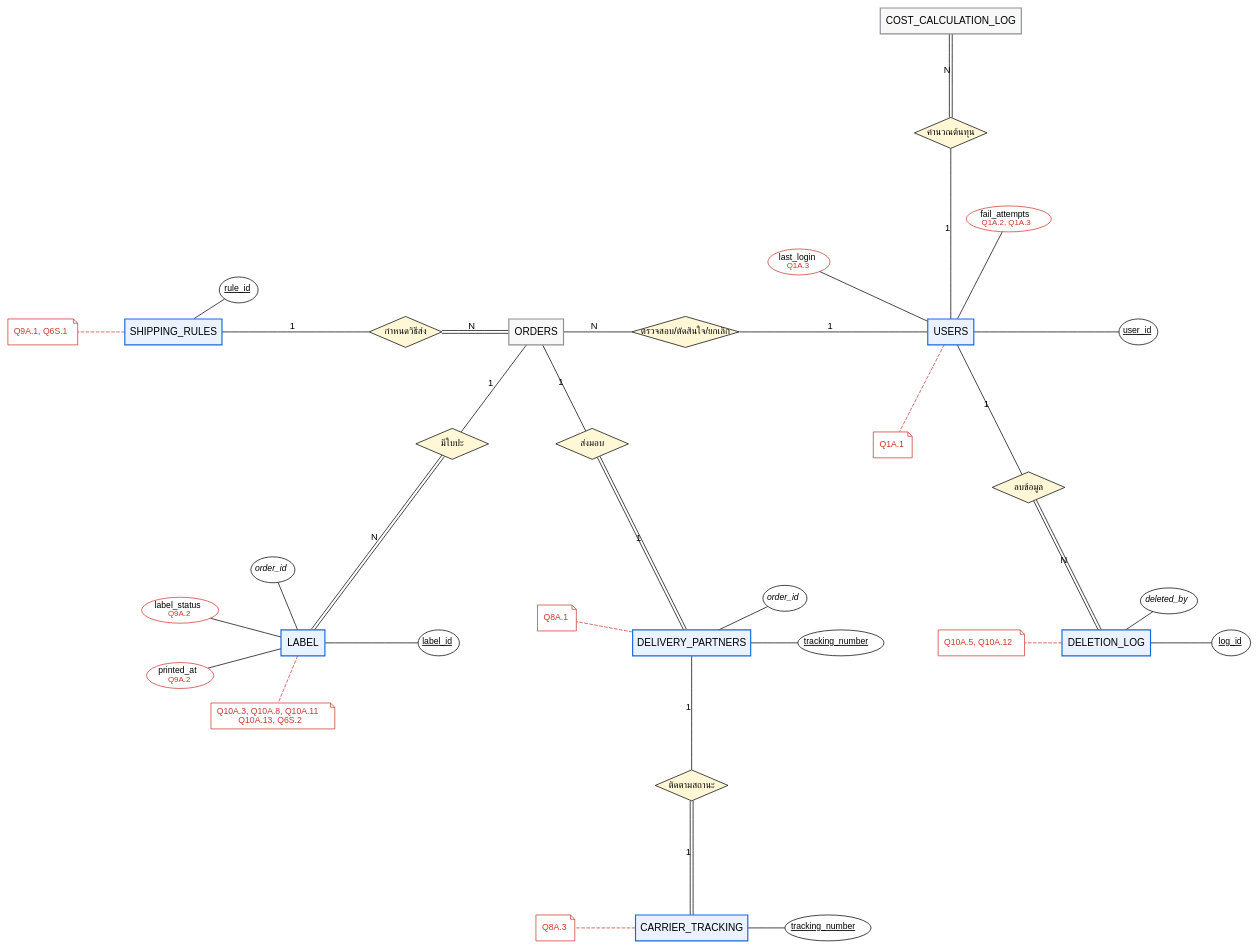
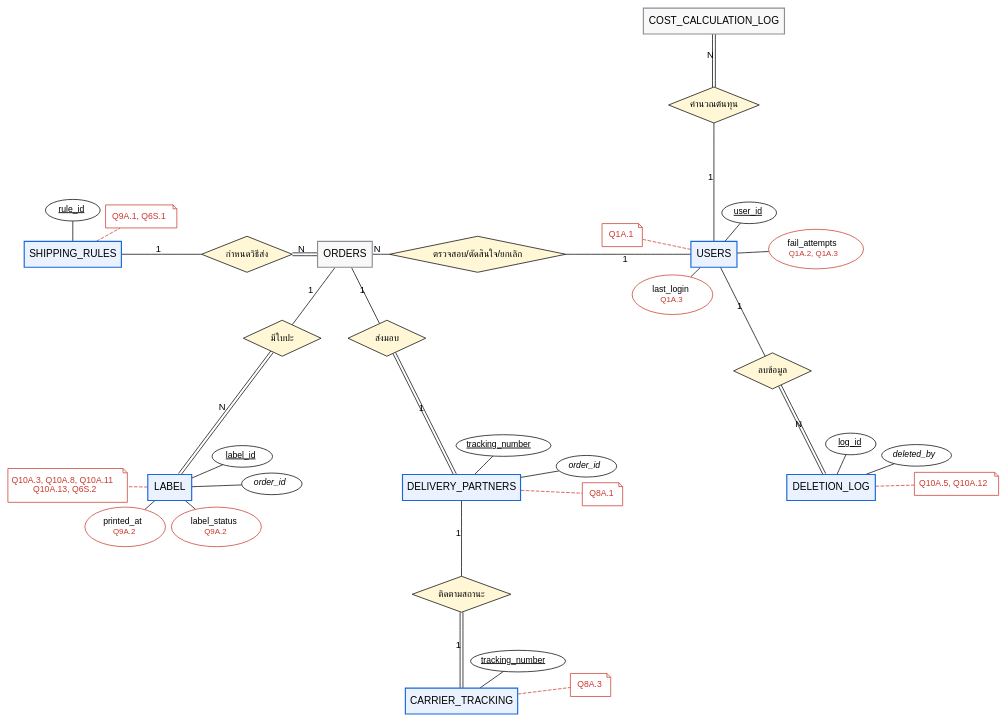
One commit to xbpkdi/321-sa-proj changed the diagram in 04-chapter2-diagrams-database/diagrams/src/er-query-2.dot. Above: the diagram before and after it, drawn with Graphviz. The commit also changed 30 other files, not shown here.

Commit message:
docs: stop er attributes overlapping, split state and class diagrams

```diff
--- a/04-chapter2-diagrams-database/diagrams/src/er-query-2.dot
+++ b/04-chapter2-diagrams-database/diagrams/src/er-query-2.dot
@@ -1,71 +1,71 @@
 graph ER {
   layout=neato; overlap=true; splines=line; outputorder=edgesfirst;
   node [fontname="Helvetica", fontsize=14]; edge [fontname="Helvetica", fontsize=13];
-  "users" [pos="8.00,0.00!", shape=box, style="filled", fillcolor="#e9f2fe", color="#1868db", penwidth=1.6, label="USERS"];
-  "users.user_id" [pos="11.62,0.00!", shape=ellipse, label=<<u>user_id</u>>, fontsize=12, margin="0.04,0.02"];
+  "rel0" [pos="7.12,2.88!", shape=diamond, style=filled, fillcolor="#fff7d6", label="คำนวณต้นทุน", fontsize=13, fixedsize=true, width=1.75, height=0.7];
+  "users" -- "rel0" [label="1"];
+  "rel0" -- "cost_calculation_log" [label="N", color="black:invis:black"];
+  "rel1" [pos="-1.89,0.00!", shape=diamond, style=filled, fillcolor="#fff7d6", label="กำหนดวิธีส่ง", fontsize=13, fixedsize=true, width=1.75, height=0.7];
+  "shipping_rules" -- "rel1" [label="1"];
+  "rel1" -- "orders" [label="N", color="black:invis:black"];
+  "rel2" [pos="2.56,0.00!", shape=diamond, style=filled, fillcolor="#fff7d6", label="ตรวจสอบ/ตัดสินใจ/ยกเลิก", fontsize=13, fixedsize=true, width=3.40, height=0.7];
+  "users" -- "rel2" [label="1"];
+  "rel2" -- "orders" [label="N"];
+  "rel3" [pos="-1.21,-1.62!", shape=diamond, style=filled, fillcolor="#fff7d6", label="มีใบปะ", fontsize=13, fixedsize=true, width=1.50, height=0.7];
+  "orders" -- "rel3" [label="1"];
+  "rel3" -- "label" [label="N", color="black:invis:black"];
+  "rel4" [pos="0.81,-1.62!", shape=diamond, style=filled, fillcolor="#fff7d6", label="ส่งมอบ", fontsize=13, fixedsize=true, width=1.50, height=0.7];
+  "orders" -- "rel4" [label="1"];
+  "rel4" -- "delivery_partners" [label="1", color="black:invis:black"];
+  "rel5" [pos="2.25,-6.56!", shape=diamond, style=filled, fillcolor="#fff7d6", label="ติดตามสถานะ", fontsize=13, fixedsize=true, width=1.90, height=0.7];
+  "delivery_partners" -- "rel5" [label="1"];
+  "rel5" -- "carrier_tracking" [label="1", color="black:invis:black"];
+  "rel6" [pos="8.25,-2.25!", shape=diamond, style=filled, fillcolor="#fff7d6", label="ลบข้อมูล", fontsize=13, fixedsize=true, width=1.50, height=0.7];
+  "users" -- "rel6" [label="1"];
+  "rel6" -- "deletion_log" [label="N", color="black:invis:black"];
+  "users" [pos="7.12,0.00!", shape=box, style="filled", fillcolor="#e9f2fe", color="#1868db", penwidth=1.6, label="USERS"];
+  "users.user_id" [pos="7.80,0.80!", shape=ellipse, style=filled, fillcolor=white, label=<<u>user_id</u>>, fontsize=12, fixedsize=true, width=1.06, height=0.42];
   "users" -- "users.user_id";
-  "users.fail_attempts" [pos="9.12,2.18!", shape=ellipse, label=<fail_attempts<br/><font color="#c9372c" point-size="11">Q1A.2, Q1A.3</font>>, fontsize=12, margin="0.04,0.02", color="#c9372c"];
+  "users.fail_attempts" [pos="9.09,0.10!", shape=ellipse, style=filled, fillcolor=white, label=<fail_attempts<br/><font point-size="3"> </font><br/><font color="#c9372c" point-size="11">Q1A.2, Q1A.3</font>>, fontsize=12, fixedsize=true, width=1.83, height=0.76, color="#c9372c"];
   "users" -- "users.fail_attempts";
-  "users.last_login" [pos="5.07,1.35!", shape=ellipse, label=<last_login<br/><font color="#c9372c" point-size="11">Q1A.3</font>>, fontsize=12, margin="0.04,0.02", color="#c9372c"];
+  "users.last_login" [pos="6.32,-0.78!", shape=ellipse, style=filled, fillcolor=white, label=<last_login<br/><font point-size="3"> </font><br/><font color="#c9372c" point-size="11">Q1A.3</font>>, fontsize=12, fixedsize=true, width=1.55, height=0.76, color="#c9372c"];
   "users" -- "users.last_login";
-  "users.__q" [pos="6.88,-2.18!", shape=note, color="#c9372c", fontcolor="#c9372c", fontsize=12, label=<Q1A.1>];
+  "users.__q" [pos="5.35,0.37!", shape=note, color="#c9372c", fontcolor="#c9372c", fontsize=12, fixedsize=true, width=0.78, height=0.45, style=filled, fillcolor=white, label=<Q1A.1>];
   "users" -- "users.__q" [style=dashed, color="#c9372c"];
-  "cost_calculation_log" [pos="8.00,6.00!", shape=box, style="filled", fillcolor="#f8f8f8", color="#8c8f97", penwidth=1.6, label="COST_CALCULATION_LOG"];
-  "shipping_rules" [pos="-7.00,0.00!", shape=box, style="filled", fillcolor="#e9f2fe", color="#1868db", penwidth=1.6, label="SHIPPING_RULES"];
-  "shipping_rules.rule_id" [pos="-5.74,0.81!", shape=ellipse, label=<<u>rule_id</u>>, fontsize=12, margin="0.04,0.02"];
+  "cost_calculation_log" [pos="7.12,4.50!", shape=box, style="filled", fillcolor="#f8f8f8", color="#8c8f97", penwidth=1.6, label="COST_CALCULATION_LOG"];
+  "shipping_rules" [pos="-5.25,0.00!", shape=box, style="filled", fillcolor="#e9f2fe", color="#1868db", penwidth=1.6, label="SHIPPING_RULES"];
+  "shipping_rules.rule_id" [pos="-5.25,0.85!", shape=ellipse, style=filled, fillcolor=white, label=<<u>rule_id</u>>, fontsize=12, fixedsize=true, width=1.06, height=0.42];
   "shipping_rules" -- "shipping_rules.rule_id";
-  "shipping_rules.__q" [pos="-9.52,0.00!", shape=note, color="#c9372c", fontcolor="#c9372c", fontsize=12, label=<Q9A.1, Q6S.1>];
+  "shipping_rules.__q" [pos="-3.93,0.73!", shape=note, color="#c9372c", fontcolor="#c9372c", fontsize=12, fixedsize=true, width=1.37, height=0.45, style=filled, fillcolor=white, label=<Q9A.1, Q6S.1>];
   "shipping_rules" -- "shipping_rules.__q" [style=dashed, color="#c9372c"];
   "orders" [pos="0.00,0.00!", shape=box, style="filled", fillcolor="#f8f8f8", color="#8c8f97", penwidth=1.6, label="ORDERS"];
-  "label" [pos="-4.50,-6.00!", shape=box, style="filled", fillcolor="#e9f2fe", color="#1868db", penwidth=1.6, label="LABEL"];
-  "label.label_id" [pos="-1.88,-6.00!", shape=ellipse, label=<<u>label_id</u>>, fontsize=12, margin="0.04,0.02"];
+  "label" [pos="-3.38,-4.50!", shape=box, style="filled", fillcolor="#e9f2fe", color="#1868db", penwidth=1.6, label="LABEL"];
+  "label.label_id" [pos="-1.98,-3.90!", shape=ellipse, style=filled, fillcolor=white, label=<<u>label_id</u>>, fontsize=12, fixedsize=true, width=1.16, height=0.42];
   "label" -- "label.label_id";
-  "label.order_id" [pos="-5.08,-4.59!", shape=ellipse, label=<<i>order_id</i>>, fontsize=12, margin="0.04,0.02"];
+  "label.order_id" [pos="-1.41,-4.43!", shape=ellipse, style=filled, fillcolor=white, label=<<i>order_id</i>>, fontsize=12, fixedsize=true, width=1.16, height=0.42];
   "label" -- "label.order_id";
-  "label.label_status" [pos="-6.87,-5.37!", shape=ellipse, label=<label_status<br/><font color="#c9372c" point-size="11">Q9A.2</font>>, fontsize=12, margin="0.04,0.02", color="#c9372c"];
+  "label.label_status" [pos="-2.48,-5.26!", shape=ellipse, style=filled, fillcolor=white, label=<label_status<br/><font point-size="3"> </font><br/><font color="#c9372c" point-size="11">Q9A.2</font>>, fontsize=12, fixedsize=true, width=1.74, height=0.76, color="#c9372c"];
   "label" -- "label.label_status";
-  "label.printed_at" [pos="-6.87,-6.63!", shape=ellipse, label=<printed_at<br/><font color="#c9372c" point-size="11">Q9A.2</font>>, fontsize=12, margin="0.04,0.02", color="#c9372c"];
+  "label.printed_at" [pos="-4.24,-5.26!", shape=ellipse, style=filled, fillcolor=white, label=<printed_at<br/><font point-size="3"> </font><br/><font color="#c9372c" point-size="11">Q9A.2</font>>, fontsize=12, fixedsize=true, width=1.55, height=0.76, color="#c9372c"];
   "label" -- "label.printed_at";
-  "label.__q" [pos="-5.08,-7.41!", shape=note, color="#c9372c", fontcolor="#c9372c", fontsize=12, label=<Q10A.3, Q10A.8, Q10A.11<br/>Q10A.13, Q6S.2>];
+  "label.__q" [pos="-5.35,-4.46!", shape=note, color="#c9372c", fontcolor="#c9372c", fontsize=12, fixedsize=true, width=2.31, height=0.65, style=filled, fillcolor=white, label=<Q10A.3, Q10A.8, Q10A.11<br/>Q10A.13, Q6S.2>];
   "label" -- "label.__q" [style=dashed, color="#c9372c"];
-  "delivery_partners" [pos="3.00,-6.00!", shape=box, style="filled", fillcolor="#e9f2fe", color="#1868db", penwidth=1.6, label="DELIVERY_PARTNERS"];
-  "delivery_partners.tracking_number" [pos="5.88,-6.00!", shape=ellipse, label=<<u>tracking_number</u>>, fontsize=12, margin="0.04,0.02"];
+  "delivery_partners" [pos="2.25,-4.50!", shape=box, style="filled", fillcolor="#e9f2fe", color="#1868db", penwidth=1.6, label="DELIVERY_PARTNERS"];
+  "delivery_partners.tracking_number" [pos="3.06,-3.69!", shape=ellipse, style=filled, fillcolor=white, label=<<u>tracking_number</u>>, fontsize=12, fixedsize=true, width=1.83, height=0.42];
   "delivery_partners" -- "delivery_partners.tracking_number";
-  "delivery_partners.order_id" [pos="4.80,-5.14!", shape=ellipse, label=<<i>order_id</i>>, fontsize=12, margin="0.04,0.02"];
+  "delivery_partners.order_id" [pos="4.66,-4.09!", shape=ellipse, style=filled, fillcolor=white, label=<<i>order_id</i>>, fontsize=12, fixedsize=true, width=1.16, height=0.42];
   "delivery_partners" -- "delivery_partners.order_id";
-  "delivery_partners.__q" [pos="0.40,-5.52!", shape=note, color="#c9372c", fontcolor="#c9372c", fontsize=12, label=<Q8A.1>];
+  "delivery_partners.__q" [pos="4.97,-4.63!", shape=note, color="#c9372c", fontcolor="#c9372c", fontsize=12, fixedsize=true, width=0.78, height=0.45, style=filled, fillcolor=white, label=<Q8A.1>];
   "delivery_partners" -- "delivery_partners.__q" [style=dashed, color="#c9372c"];
-  "carrier_tracking" [pos="3.00,-11.50!", shape=box, style="filled", fillcolor="#e9f2fe", color="#1868db", penwidth=1.6, label="CARRIER_TRACKING"];
-  "carrier_tracking.tracking_number" [pos="5.63,-11.50!", shape=ellipse, label=<<u>tracking_number</u>>, fontsize=12, margin="0.04,0.02"];
+  "carrier_tracking" [pos="2.25,-8.62!", shape=box, style="filled", fillcolor="#e9f2fe", color="#1868db", penwidth=1.6, label="CARRIER_TRACKING"];
+  "carrier_tracking.tracking_number" [pos="3.34,-7.85!", shape=ellipse, style=filled, fillcolor=white, label=<<u>tracking_number</u>>, fontsize=12, fixedsize=true, width=1.83, height=0.42];
   "carrier_tracking" -- "carrier_tracking.tracking_number";
-  "carrier_tracking.__q" [pos="0.37,-11.50!", shape=note, color="#c9372c", fontcolor="#c9372c", fontsize=12, label=<Q8A.3>];
+  "carrier_tracking.__q" [pos="4.74,-8.31!", shape=note, color="#c9372c", fontcolor="#c9372c", fontsize=12, fixedsize=true, width=0.78, height=0.45, style=filled, fillcolor=white, label=<Q8A.3>];
   "carrier_tracking" -- "carrier_tracking.__q" [style=dashed, color="#c9372c"];
-  "deletion_log" [pos="11.00,-6.00!", shape=box, style="filled", fillcolor="#e9f2fe", color="#1868db", penwidth=1.6, label="DELETION_LOG"];
-  "deletion_log.log_id" [pos="13.41,-6.00!", shape=ellipse, label=<<u>log_id</u>>, fontsize=12, margin="0.04,0.02"];
+  "deletion_log" [pos="9.38,-4.50!", shape=box, style="filled", fillcolor="#e9f2fe", color="#1868db", penwidth=1.6, label="DELETION_LOG"];
+  "deletion_log.log_id" [pos="9.76,-3.66!", shape=ellipse, style=filled, fillcolor=white, label=<<u>log_id</u>>, fontsize=12, fixedsize=true, width=0.97, height=0.42];
   "deletion_log" -- "deletion_log.log_id";
-  "deletion_log.deleted_by" [pos="12.21,-5.19!", shape=ellipse, label=<<i>deleted_by</i>>, fontsize=12, margin="0.04,0.02"];
+  "deletion_log.deleted_by" [pos="11.03,-3.88!", shape=ellipse, style=filled, fillcolor=white, label=<<i>deleted_by</i>>, fontsize=12, fixedsize=true, width=1.35, height=0.42];
   "deletion_log" -- "deletion_log.deleted_by";
-  "deletion_log.__q" [pos="8.59,-6.00!", shape=note, color="#c9372c", fontcolor="#c9372c", fontsize=12, label=<Q10A.5, Q10A.12>];
+  "deletion_log.__q" [pos="11.80,-4.43!", shape=note, color="#c9372c", fontcolor="#c9372c", fontsize=12, fixedsize=true, width=1.62, height=0.45, style=filled, fillcolor=white, label=<Q10A.5, Q10A.12>];
   "deletion_log" -- "deletion_log.__q" [style=dashed, color="#c9372c"];
-  "rel0" [pos="8.00,3.84!", shape=diamond, style=filled, fillcolor="#fff7d6", label="คำนวณต้นทุน", fontsize=13, fixedsize=true, width=1.40, height=0.6];
-  "users" -- "rel0" [label="1"];
-  "rel0" -- "cost_calculation_log" [label="N", color="black:invis:black"];
-  "rel1" [pos="-2.52,0.00!", shape=diamond, style=filled, fillcolor="#fff7d6", label="กำหนดวิธีส่ง", fontsize=13, fixedsize=true, width=1.40, height=0.6];
-  "shipping_rules" -- "rel1" [label="1"];
-  "rel1" -- "orders" [label="N", color="black:invis:black"];
-  "rel2" [pos="2.88,0.00!", shape=diamond, style=filled, fillcolor="#fff7d6", label="ตรวจสอบ/ตัดสินใจ/ยกเลิก", fontsize=13, fixedsize=true, width=2.07, height=0.6];
-  "users" -- "rel2" [label="1"];
-  "rel2" -- "orders" [label="N"];
-  "rel3" [pos="-1.62,-2.16!", shape=diamond, style=filled, fillcolor="#fff7d6", label="มีใบปะ", fontsize=13, fixedsize=true, width=1.40, height=0.6];
-  "orders" -- "rel3" [label="1"];
-  "rel3" -- "label" [label="N", color="black:invis:black"];
-  "rel4" [pos="1.08,-2.16!", shape=diamond, style=filled, fillcolor="#fff7d6", label="ส่งมอบ", fontsize=13, fixedsize=true, width=1.40, height=0.6];
-  "orders" -- "rel4" [label="1"];
-  "rel4" -- "delivery_partners" [label="1", color="black:invis:black"];
-  "rel5" [pos="3.00,-8.75!", shape=diamond, style=filled, fillcolor="#fff7d6", label="ติดตามสถานะ", fontsize=13, fixedsize=true, width=1.40, height=0.6];
-  "delivery_partners" -- "rel5" [label="1"];
-  "rel5" -- "carrier_tracking" [label="1", color="black:invis:black"];
-  "rel6" [pos="9.50,-3.00!", shape=diamond, style=filled, fillcolor="#fff7d6", label="ลบข้อมูล", fontsize=13, fixedsize=true, width=1.40, height=0.6];
-  "users" -- "rel6" [label="1"];
-  "rel6" -- "deletion_log" [label="N", color="black:invis:black"];
 }
```
